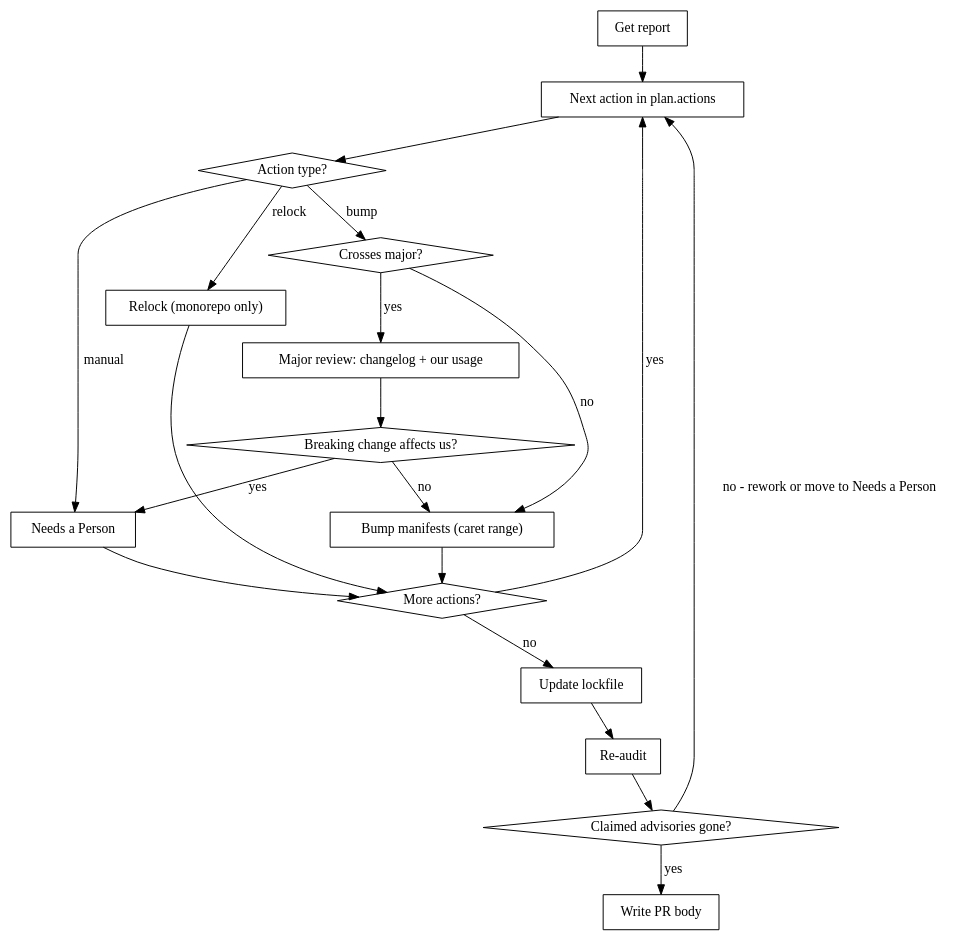
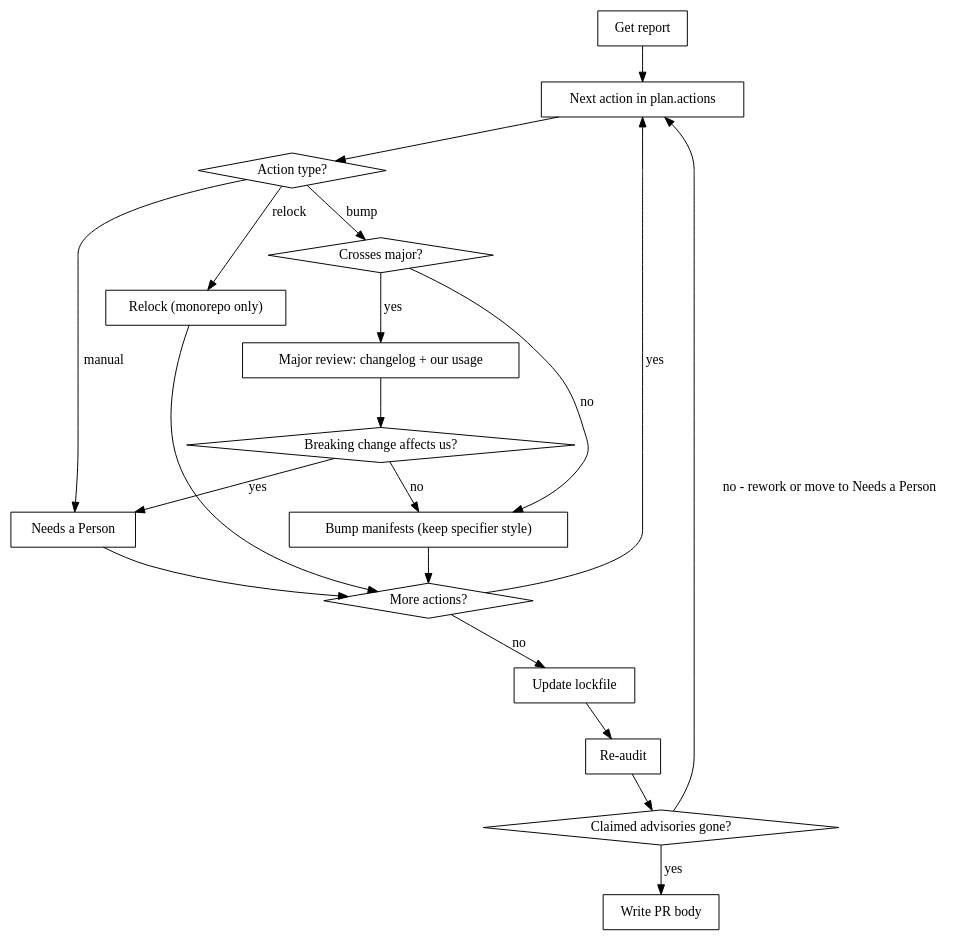
One commit to payloadcms/payload changed the diagram in .agents/skills/audit-dependencies/SKILL.md. Above: the diagram before and after it, drawn with Graphviz. The commit also changed other lines of this file and 9 other files, not shown here.

````diff
--- a/.agents/skills/audit-dependencies/SKILL.md
+++ b/.agents/skills/audit-dependencies/SKILL.md
@@ -20,38 +20,38 @@
 ```dot
 digraph audit {
     "Get report" [shape=box];
     "Next action in plan.actions" [shape=box];
     "Action type?" [shape=diamond];
-    "Bump manifests (caret range)" [shape=box];
+    "Bump manifests (keep specifier style)" [shape=box];
     "Crosses major?" [shape=diamond];
     "Major review: changelog + our usage" [shape=box];
     "Breaking change affects us?" [shape=diamond];
     "Relock (monorepo only)" [shape=box];
     "Needs a Person" [shape=box];
     "More actions?" [shape=diamond];
     "Update lockfile" [shape=box];
     "Re-audit" [shape=box];
     "Claimed advisories gone?" [shape=diamond];
     "Write PR body" [shape=box];
 
     "Get report" -> "Next action in plan.actions";
     "Next action in plan.actions" -> "Action type?";
     "Action type?" -> "Crosses major?" [label="bump"];
     "Action type?" -> "Relock (monorepo only)" [label="relock"];
     "Action type?" -> "Needs a Person" [label="manual"];
-    "Crosses major?" -> "Bump manifests (caret range)" [label="no"];
+    "Crosses major?" -> "Bump manifests (keep specifier style)" [label="no"];
     "Crosses major?" -> "Major review: changelog + our usage" [label="yes"];
     "Major review: changelog + our usage" -> "Breaking change affects us?";
-    "Breaking change affects us?" -> "Bump manifests (caret range)" [label="no"];
+    "Breaking change affects us?" -> "Bump manifests (keep specifier style)" [label="no"];
     "Breaking change affects us?" -> "Needs a Person" [label="yes"];
-    "Bump manifests (caret range)" -> "More actions?";
+    "Bump manifests (keep specifier style)" -> "More actions?";
     "Relock (monorepo only)" -> "More actions?";
     "Needs a Person" -> "More actions?";
     "More actions?" -> "Next action in plan.actions" [label="yes"];
     "More actions?" -> "Update lockfile" [label="no"];
     "Update lockfile" -> "Re-audit";
     "Re-audit" -> "Claimed advisories gone?";
     "Claimed advisories gone?" -> "Write PR body" [label="yes"];
     "Claimed advisories gone?" -> "Next action in plan.actions" [label="no - rework or move to Needs a Person"];
 }
 ```
````
